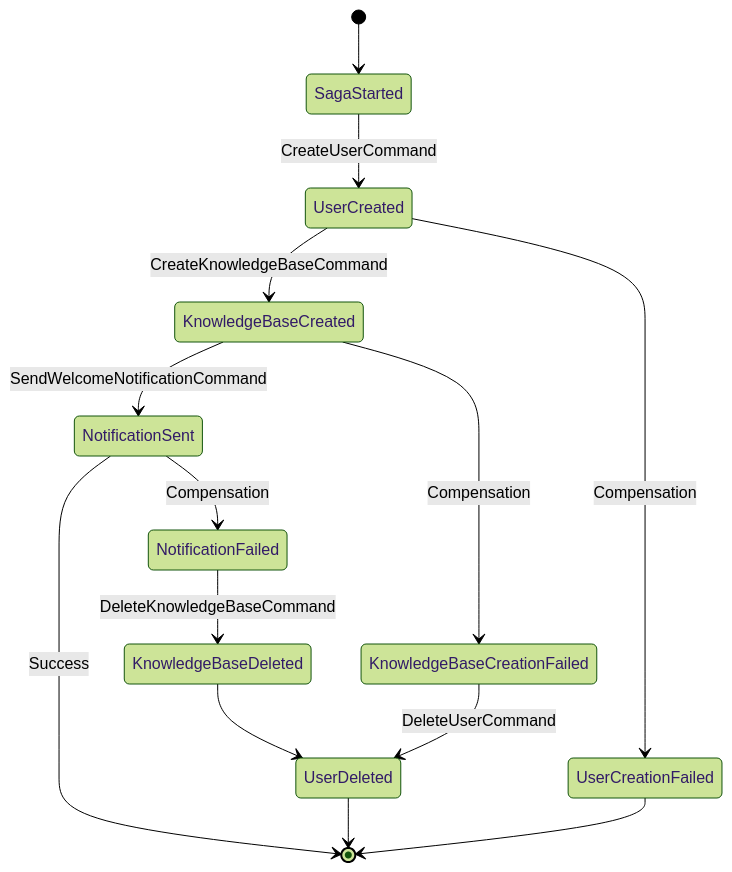
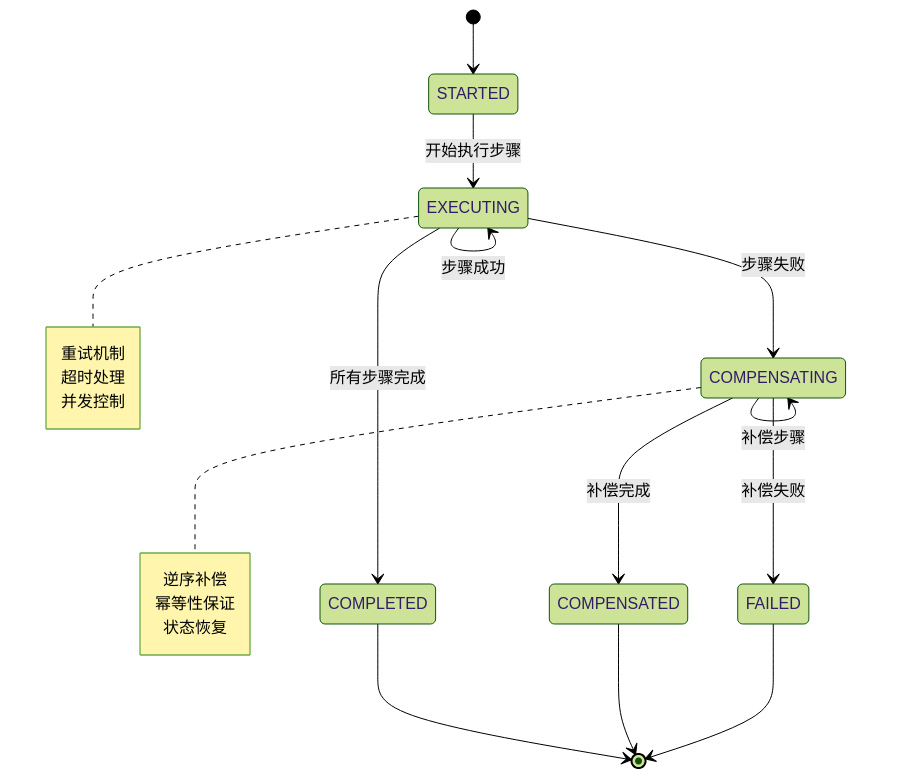
One commit to phanerozoicc/lifee changed the seventh of 10 diagrams in .trae/documents/知识库管理系统技术架构文档.md. Above: the diagram before and after it, drawn with Mermaid (forest theme). The commit also changed other lines of this file and 80 other files, not shown here.

````diff
--- a/.trae/documents/知识库管理系统技术架构文档.md
+++ b/.trae/documents/知识库管理系统技术架构文档.md
@@ -416,19 +474,26 @@
 ```mermaid
 stateDiagram-v2
-    [*] --> SagaStarted
-    SagaStarted --> UserCreated : CreateUserCommand
-    UserCreated --> KnowledgeBaseCreated : CreateKnowledgeBaseCommand
-    KnowledgeBaseCreated --> NotificationSent : SendWelcomeNotificationCommand
-    NotificationSent --> [*] : Success
+    [*] --> STARTED
+    STARTED --> EXECUTING : 开始执行步骤
+    EXECUTING --> EXECUTING : 步骤成功
+    EXECUTING --> COMPLETED : 所有步骤完成
+    EXECUTING --> COMPENSATING : 步骤失败
+    COMPENSATING --> COMPENSATING : 补偿步骤
+    COMPENSATING --> COMPENSATED : 补偿完成
+    COMPENSATING --> FAILED : 补偿失败
+    COMPLETED --> [*]
+    COMPENSATED --> [*]
+    FAILED --> [*]
     
-    UserCreated --> UserCreationFailed : Compensation
-    KnowledgeBaseCreated --> KnowledgeBaseCreationFailed : Compensation
-    NotificationSent --> NotificationFailed : Compensation
+    note right of EXECUTING
+        重试机制
+        超时处理
+        并发控制
+    end note
     
-    UserCreationFailed --> [*]
-    KnowledgeBaseCreationFailed --> UserDeleted : DeleteUserCommand
-    NotificationFailed --> KnowledgeBaseDeleted : DeleteKnowledgeBaseCommand
-    
-    UserDeleted --> [*]
-    KnowledgeBaseDeleted --> UserDeleted
+    note right of COMPENSATING
+        逆序补偿
+        幂等性保证
+        状态恢复
+    end note
 ```
````
